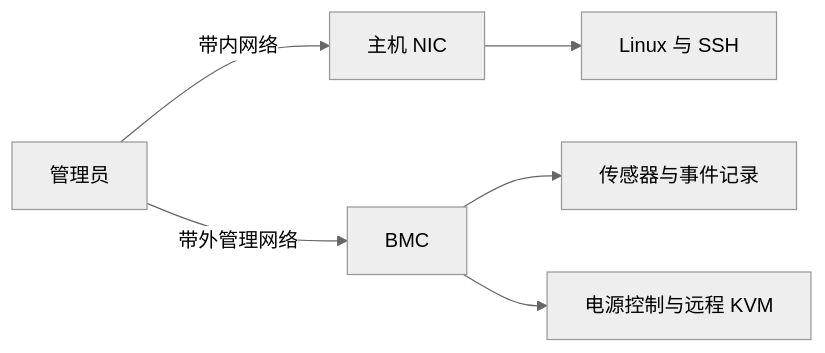
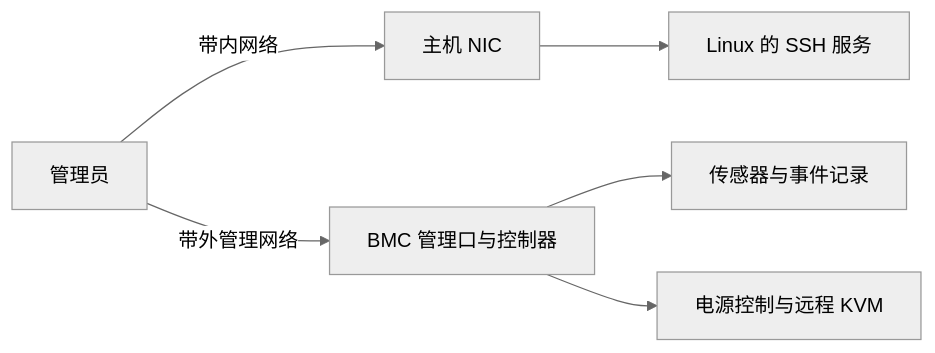
Before and after one commit to realtyz/ops-manual: the diagram in AI-Infra/01_从一台GPU服务器认识基础设施/04_带内外管理与运行条件.md, drawn with Mermaid (neutral theme). The commit also changed other lines of this file and 54 other files, not shown here.

````diff
--- a/AI-Infra/01_从一台GPU服务器认识基础设施/04_带内外管理与运行条件.md
+++ b/AI-Infra/01_从一台GPU服务器认识基础设施/04_带内外管理与运行条件.md
@@ -11,8 +10,7 @@
 ```mermaid
 flowchart LR
-    A[管理员] -->|带内网络| N[主机 NIC]
-    N --> OS[Linux 与 SSH]
-    A -->|带外管理网络| B[BMC]
-    B --> S[传感器与事件记录]
-    B --> K[电源控制与远程 KVM]
+    A["管理员"] -->|带内网络| N["主机 NIC"] --> OS["Linux 的 SSH 服务"]
+    A -->|带外管理网络| B["BMC 管理口与控制器"]
+    B --> S["传感器与事件记录"]
+    B --> K["电源控制与远程 KVM"]
 ```
````
